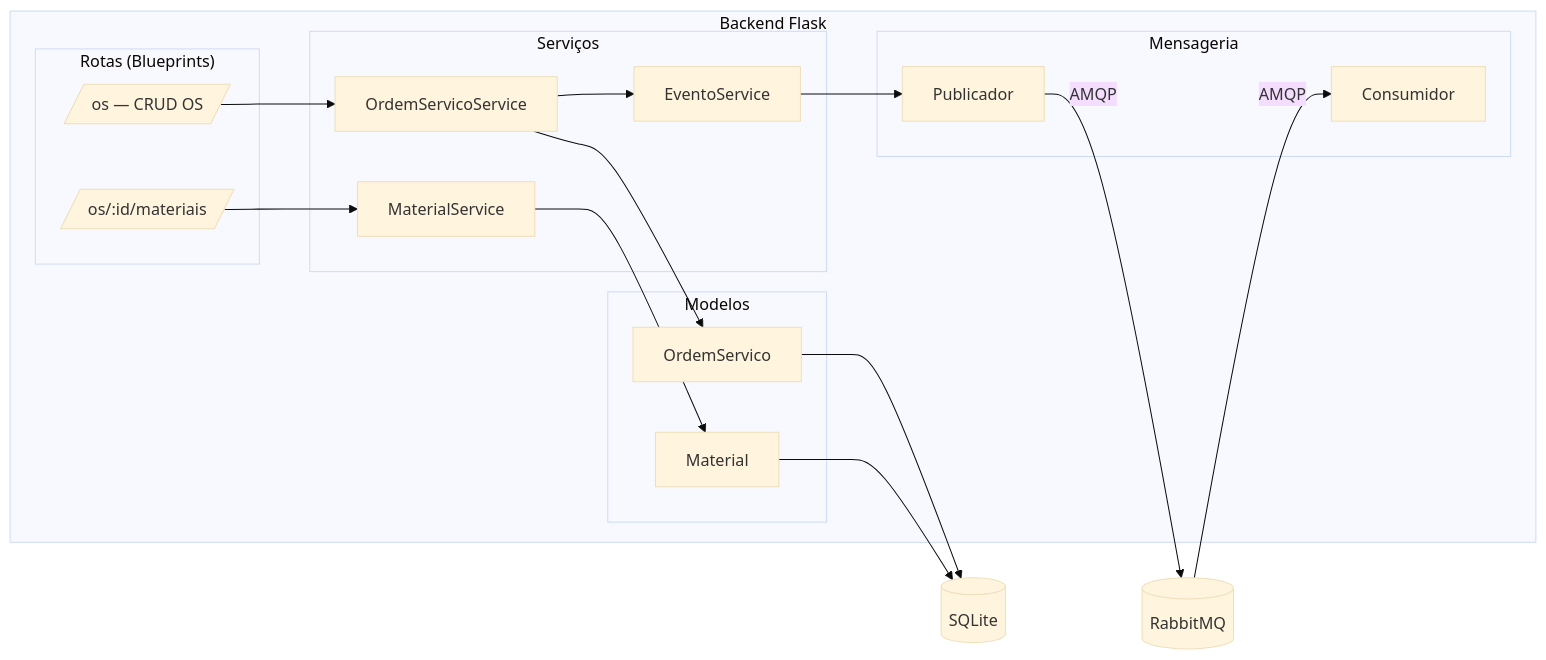
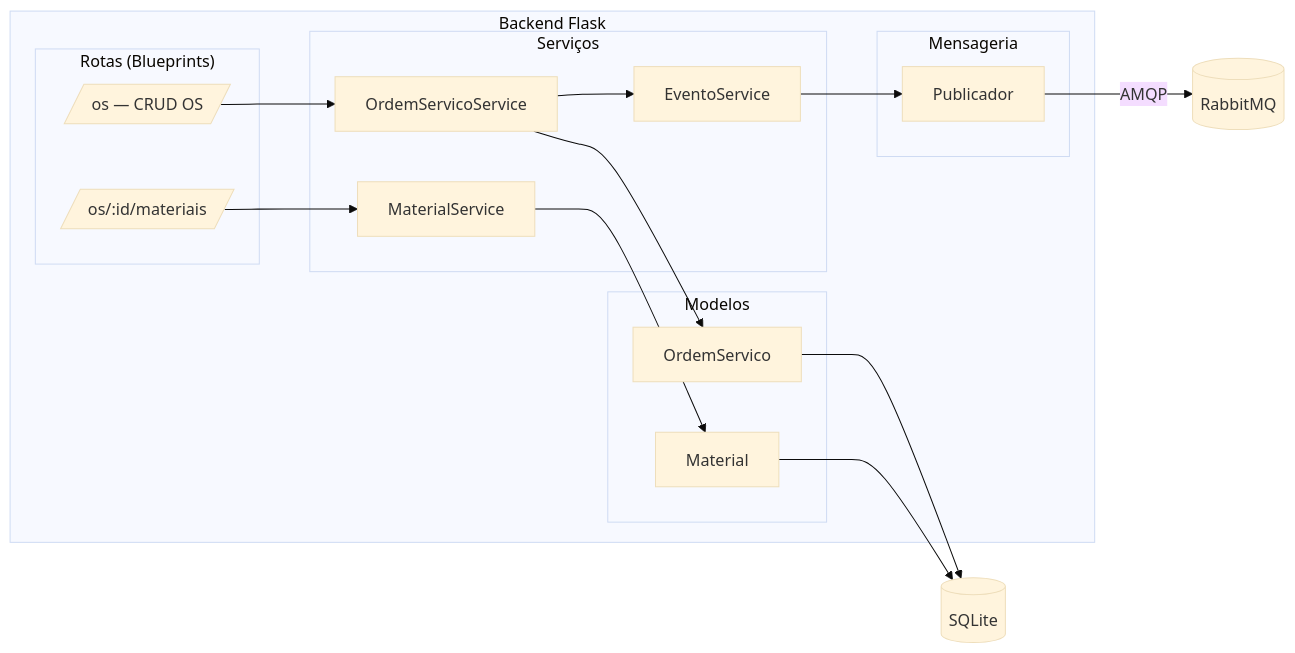
One commit to art1544/PlantOS-LAMD changed the second of 11 diagrams in docs/sprint1/arquitetura.md. Above: the diagram before and after it, drawn with Mermaid (base theme). The commit also changed other lines of this file and 5 other files, not shown here.

First line of the commit message:
feat: enhance architecture documentation for PlantOS

````diff
--- a/docs/sprint1/arquitetura.md
+++ b/docs/sprint1/arquitetura.md
@@ -55,36 +62,34 @@
 ```mermaid
 graph LR
     subgraph "Backend Flask"
         subgraph "Rotas (Blueprints)"
             R1[/os — CRUD OS/]
             R2[/os/:id/materiais/]
         end
 
         subgraph "Serviços"
             S1[OrdemServicoService]
             S2[MaterialService]
             S3[EventoService]
         end
 
         subgraph "Modelos"
             M1[OrdemServico]
             M2[Material]
         end
 
         subgraph "Mensageria"
             P1[Publicador]
-            C1[Consumidor]
         end
     end
 
     R1 --> S1
     R2 --> S2
     S1 --> M1
     S2 --> M2
     S1 --> S3
     S3 --> P1
     P1 -->|AMQP| MQ[(RabbitMQ)]
-    MQ -->|AMQP| C1
     M1 --> DB[(SQLite)]
     M2 --> DB
 ```
````
